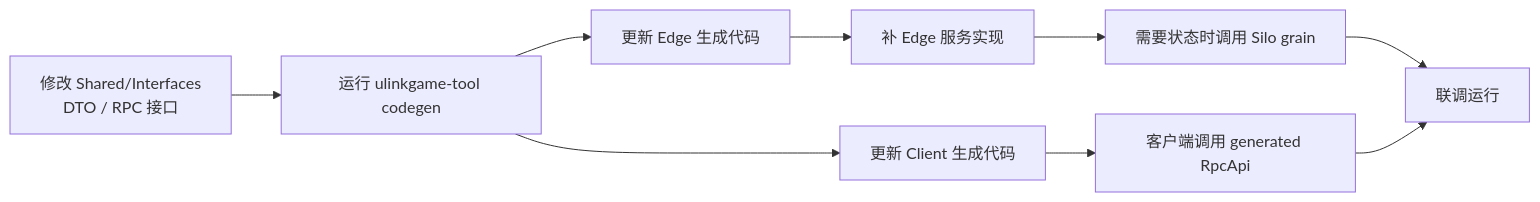
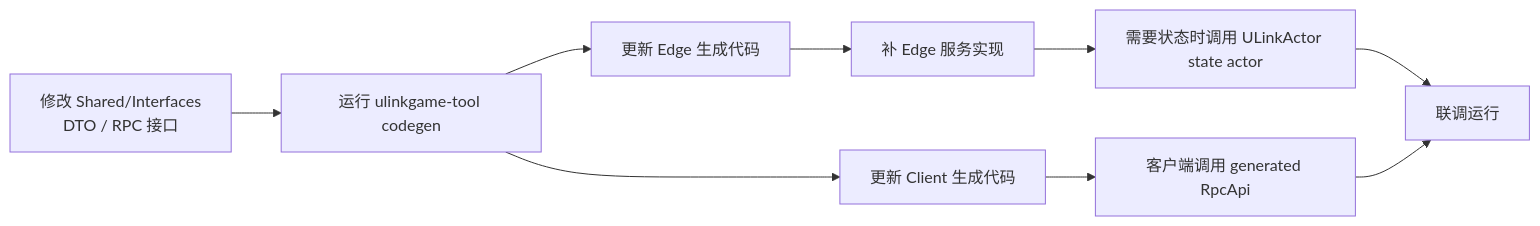
The second of 2 diagrams in docs/content/posts/ulinkgame-getting-started.md (bruce48x/ULinkGame), drawn with Mermaid before and after one commit. The commit also changed other lines of this file and 7 other files, not shown here.

````diff
--- a/docs/content/posts/ulinkgame-getting-started.md
+++ b/docs/content/posts/ulinkgame-getting-started.md
@@ -365,11 +365,11 @@
 ```mermaid
 flowchart LR
     A["修改 Shared/Interfaces<br/>DTO / RPC 接口"] --> B["运行 ulinkgame-tool codegen"]
     B --> C["更新 Edge 生成代码"]
     B --> D["更新 Client 生成代码"]
     C --> E["补 Edge 服务实现"]
-    E --> F["需要状态时调用 Silo grain"]
+    E --> F["需要状态时调用 ULinkActor state actor"]
     D --> G["客户端调用 generated RpcApi"]
     F --> H["联调运行"]
     G --> H
 ```
````
